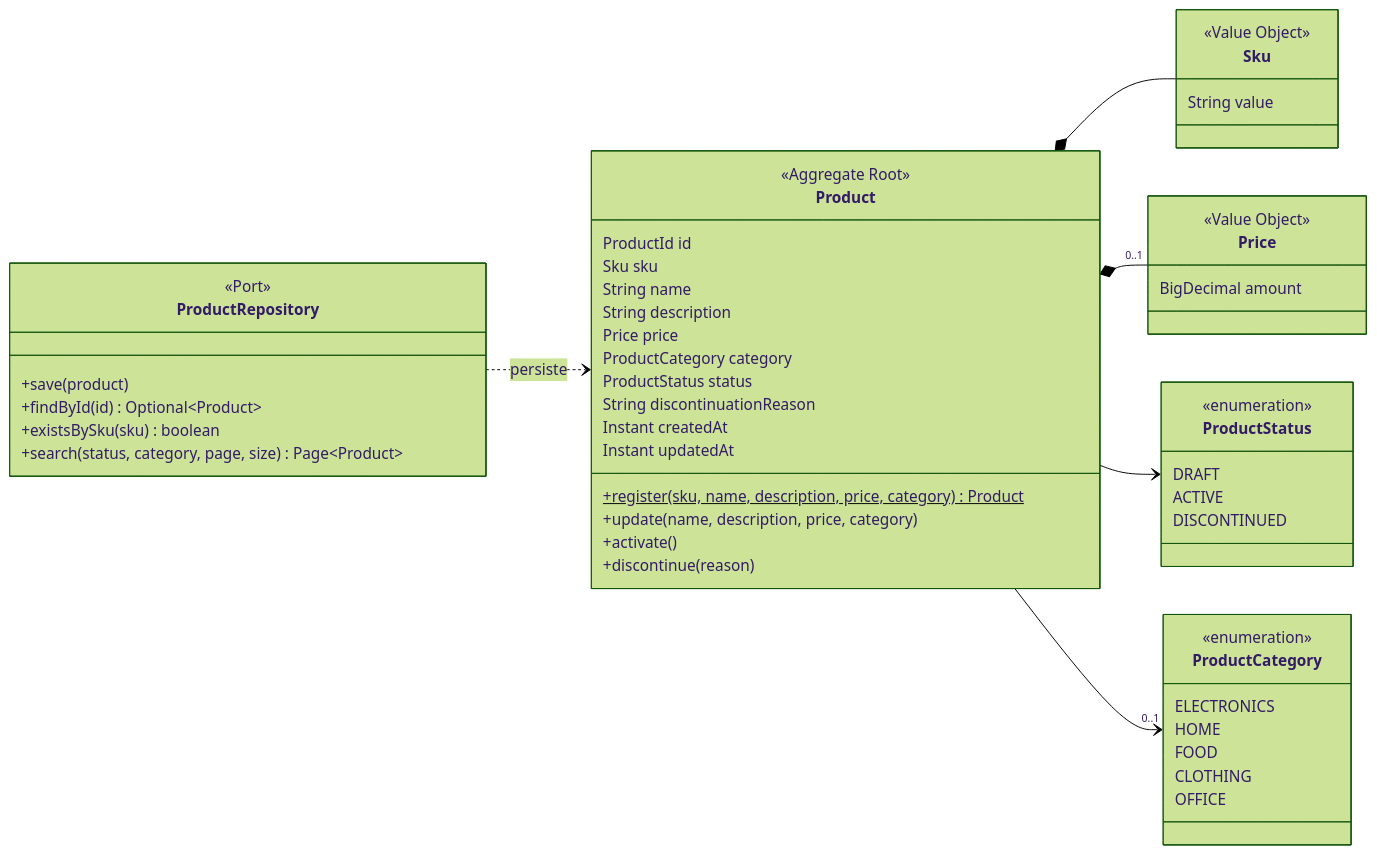
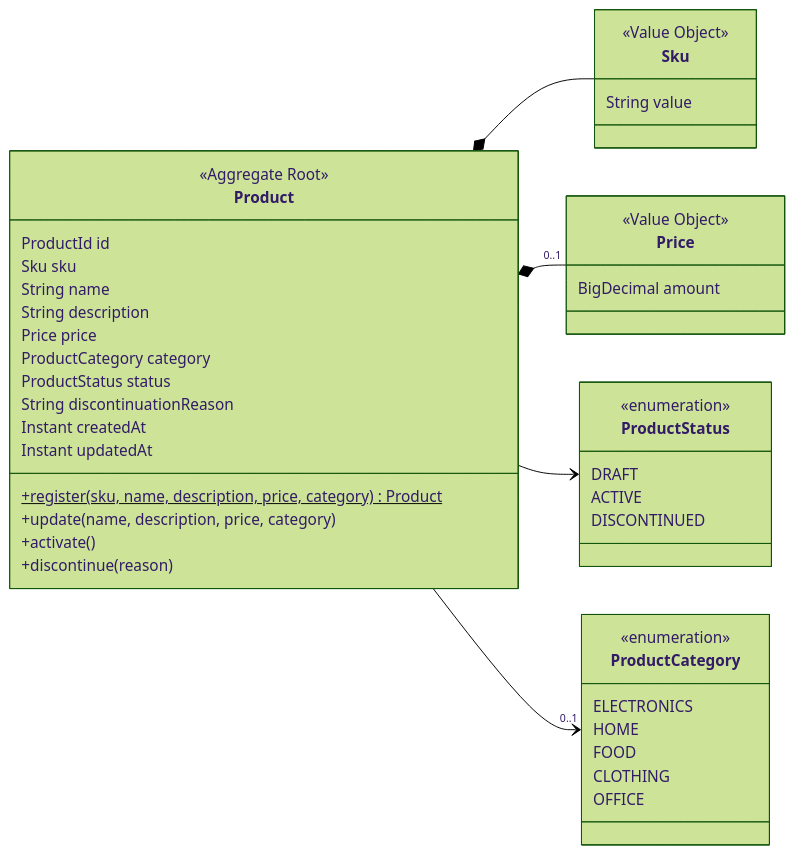
Before and after one commit to GalaxyTraining/CURS-000658-AI-SDD-F4: the diagram in specs/architecture/domain-model.md, drawn with Mermaid (forest theme). The commit also changed other lines of this file, not shown here.

Commit message:
design: quitar puerto de persistencia del dominio (pasa a application.port.out)

````diff
--- a/specs/architecture/domain-model.md
+++ b/specs/architecture/domain-model.md
@@ -19,62 +19,53 @@
 ```mermaid
 classDiagram
     direction LR
 
     class Product {
         <<Aggregate Root>>
         ProductId id
         Sku sku
         String name
         String description
         Price price
         ProductCategory category
         ProductStatus status
         String discontinuationReason
         Instant createdAt
         Instant updatedAt
         +register(sku, name, description, price, category)$ Product
         +update(name, description, price, category)
         +activate()
         +discontinue(reason)
     }
 
     class Sku {
         <<Value Object>>
         String value
     }
 
     class Price {
         <<Value Object>>
         BigDecimal amount
     }
 
     class ProductStatus {
         <<enumeration>>
         DRAFT
         ACTIVE
         DISCONTINUED
     }
 
     class ProductCategory {
         <<enumeration>>
         ELECTRONICS
         HOME
         FOOD
         CLOTHING
         OFFICE
     }
 
-    class ProductRepository {
-        <<Port>>
-        +save(product)
-        +findById(id) Optional~Product~
-        +existsBySku(sku) boolean
-        +search(status, category, page, size) Page~Product~
-    }
-
     Product *-- Sku
     Product *-- "0..1" Price
     Product --> ProductStatus
     Product --> "0..1" ProductCategory
-    ProductRepository ..> Product : persiste
 ```
````
